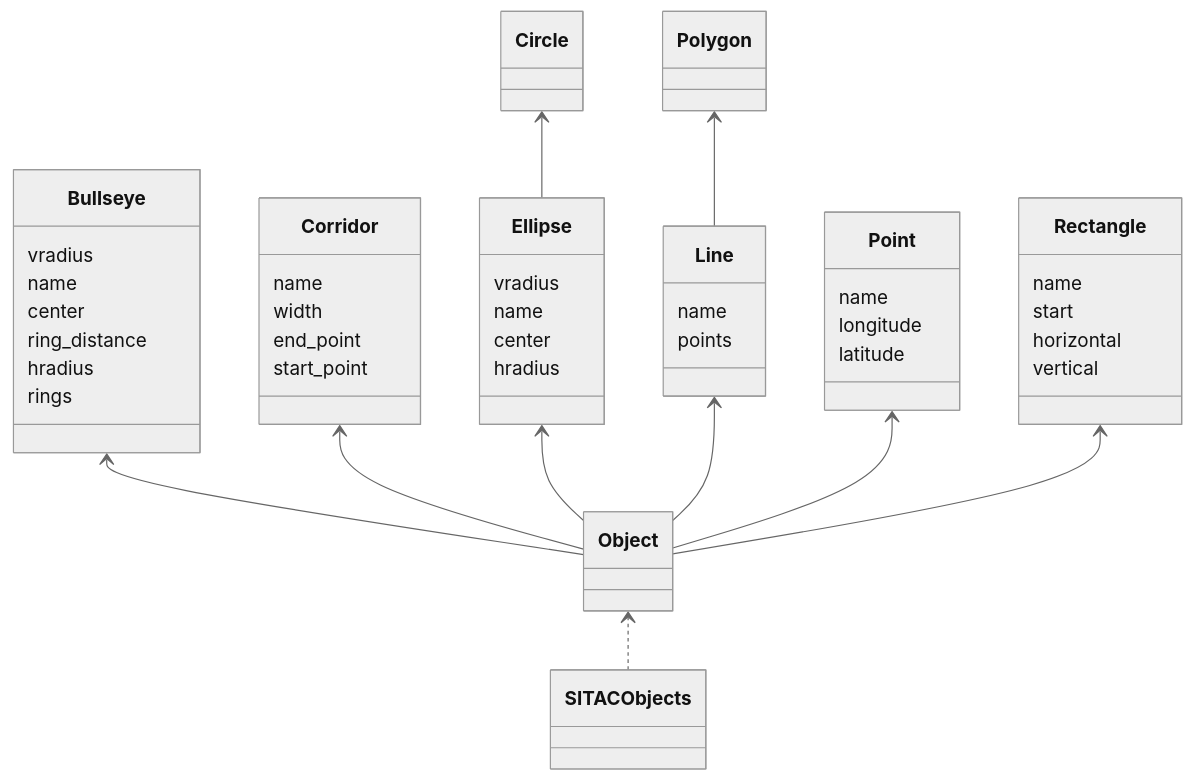
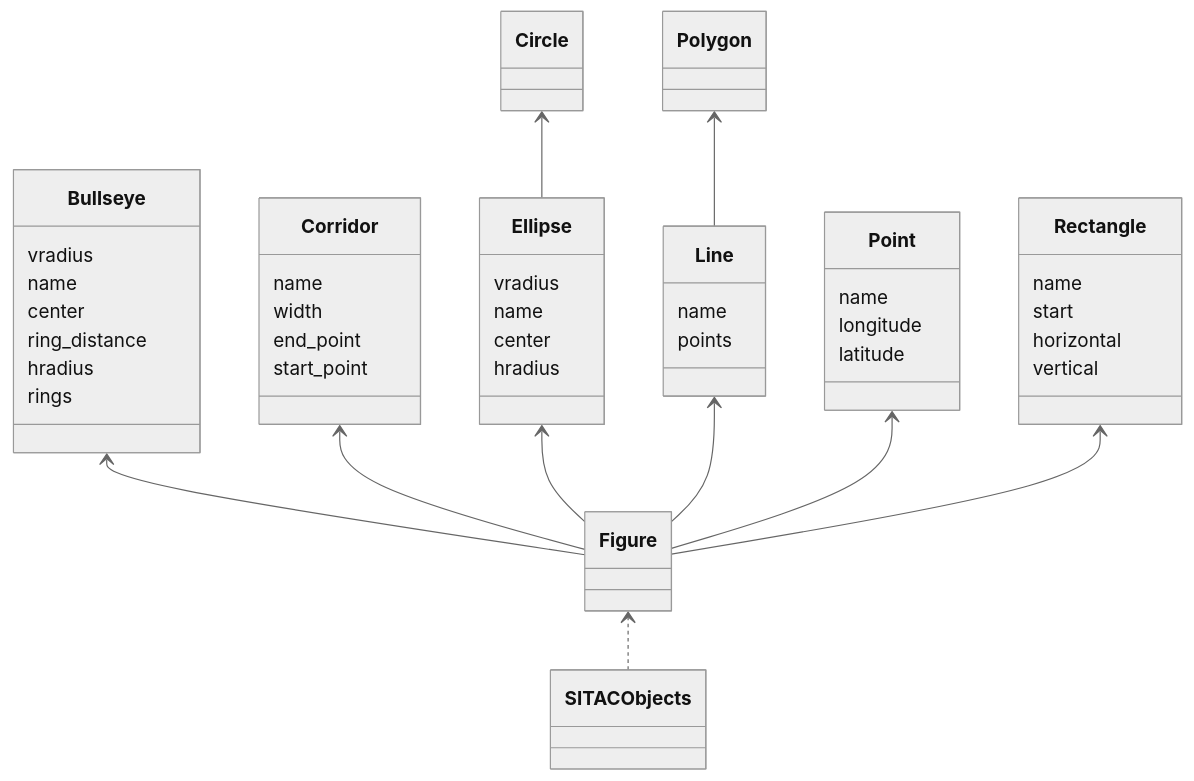
Before and after one commit to thomas40510/CoMe_NG: the diagram in README.md, drawn with Mermaid (neutral theme). The commit also changed other lines of this file and 4 other files, not shown here.

````diff
--- a/README.md
+++ b/README.md
@@ -66,54 +68,53 @@
 ```mermaid
 classDiagram
 direction BT
 class Bullseye {
     vradius
     name
     center
     ring_distance
     hradius
     rings
 }
 class Circle
 class Corridor {
     name
     width
     end_point
     start_point
 }
 class Ellipse {
     vradius
     name
     center
     hradius
 }
+class Figure
 class Line {
     name
     points
 }
-class Object
 class Point {
     name
     longitude
     latitude
 }
 class Polygon
 class Rectangle {
     name
     start
     horizontal
     vertical
 }
 class SITACObjects
 
-Object  -->  Bullseye 
+Figure  -->  Bullseye 
 Ellipse  -->  Circle 
-Object  -->  Corridor 
-Object  -->  Ellipse 
-Object  -->  Line 
-SITACObjects  ..>  Object 
-Object  -->  Point 
+Figure  -->  Corridor 
+Figure  -->  Ellipse 
+SITACObjects  ..>  Figure 
+Figure  -->  Line 
+Figure  -->  Point 
 Line  -->  Polygon 
-Object  -->  Rectangle 
-
+Figure  -->  Rectangle
 ```
````
